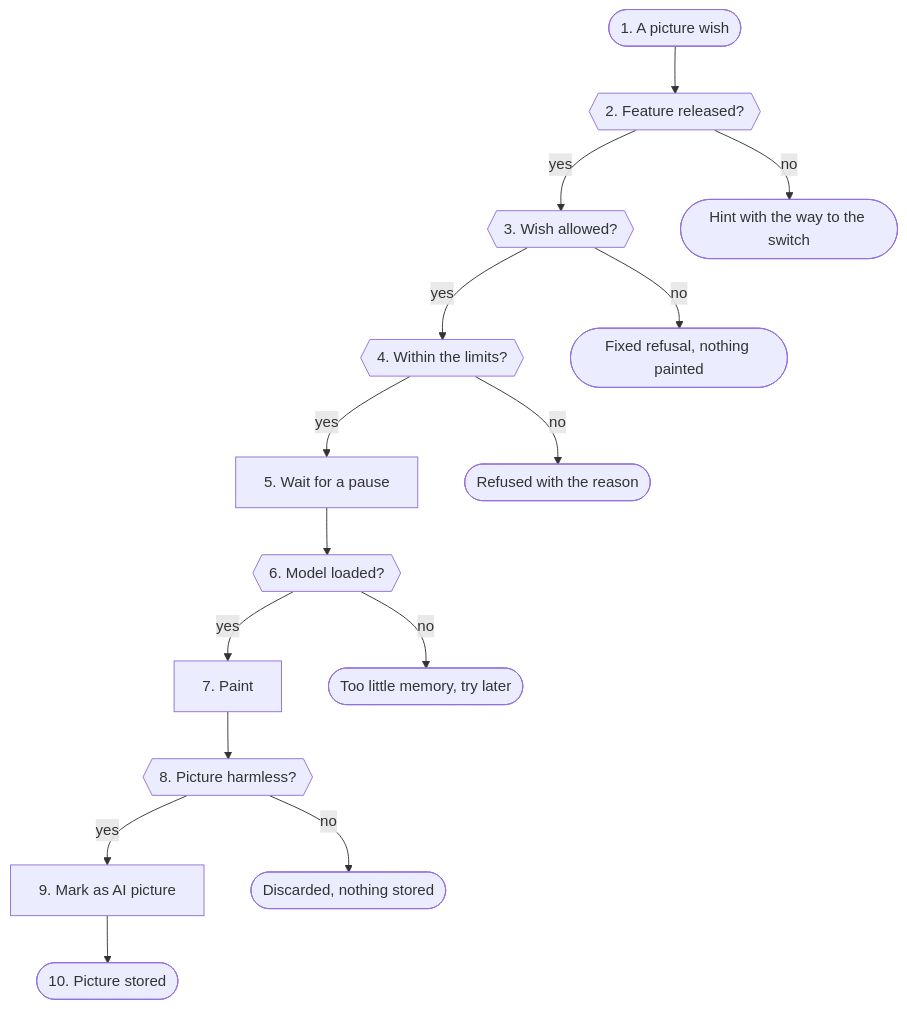
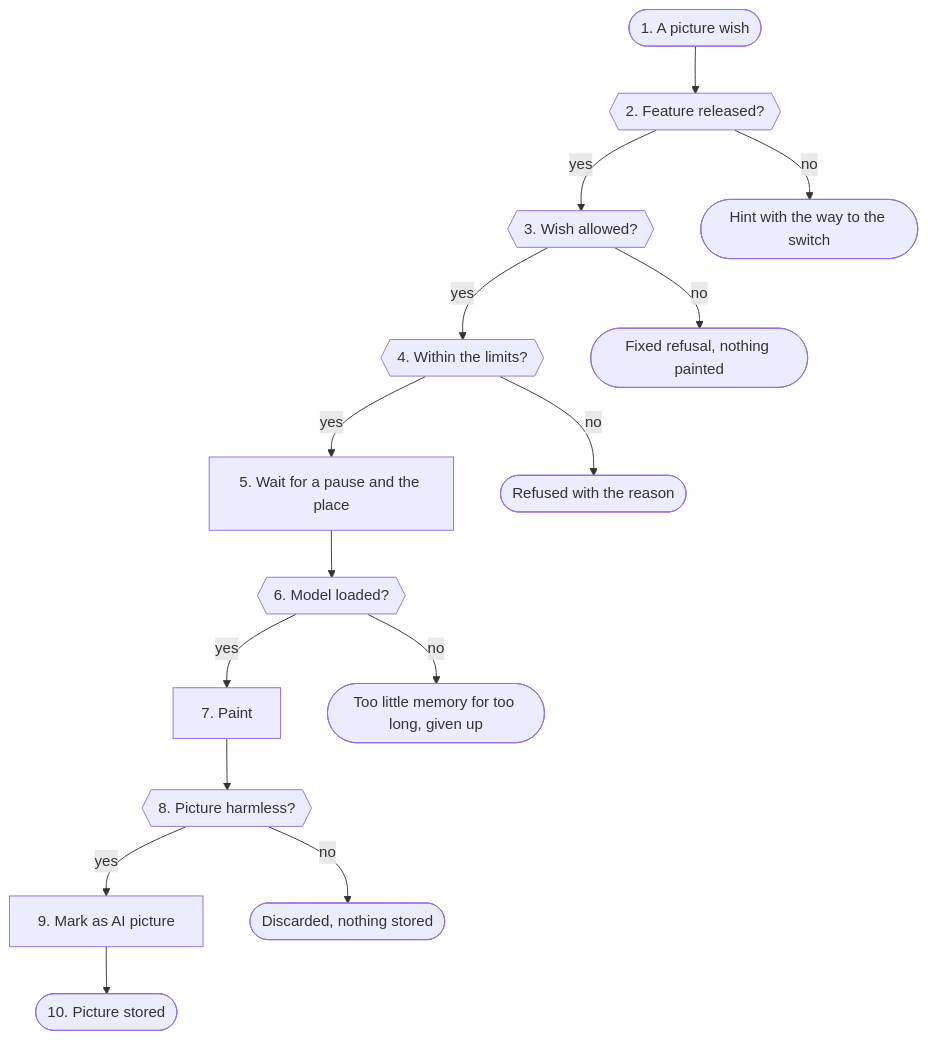
Diagram 19 of 27 in docs/en/architecture.md (db9979/speech-on-dgx-spark), drawn with Mermaid before and after one commit. The commit also changed other lines of this file and 28 other files, not shown here.

````diff
--- a/docs/en/architecture.md
+++ b/docs/en/architecture.md
@@ -2647,32 +2651,32 @@
 ```mermaid
 flowchart TD
   s1(["1. A picture wish"])
   s2{{"2. Feature released?"}}
   s3{{"3. Wish allowed?"}}
   s4{{"4. Within the limits?"}}
-  s5["5. Wait for a pause"]
+  s5["5. Wait for a pause and the place"]
   s6{{"6. Model loaded?"}}
   s7["7. Paint"]
   s8{{"8. Picture harmless?"}}
   s9["9. Mark as AI picture"]
   s10(["10. Picture stored"])
   s1 --> s2
   s2 -->|yes| s3
   s3 -->|yes| s4
   s4 -->|yes| s5
   s5 --> s6
   s6 -->|yes| s7
   s7 --> s8
   s8 -->|yes| s9
   s9 --> s10
   s2x(["Hint with the way to the switch"])
   s2 -->|no| s2x
   s3x(["Fixed refusal, nothing painted"])
   s3 -->|no| s3x
   s4x(["Refused with the reason"])
   s4 -->|no| s4x
-  s6x(["Too little memory, try later"])
+  s6x(["Too little memory for too long, given up"])
   s6 -->|no| s6x
   s8x(["Discarded, nothing stored"])
   s8 -->|no| s8x
 ```
````
